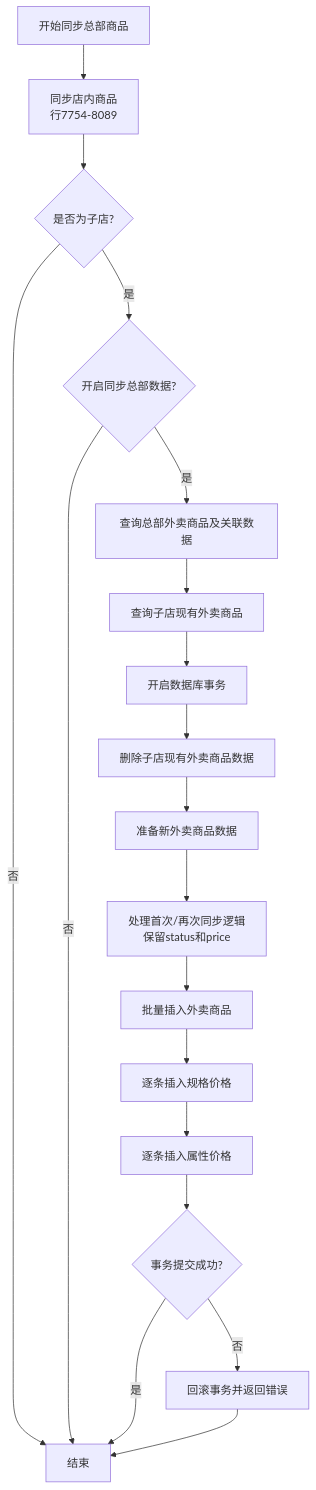
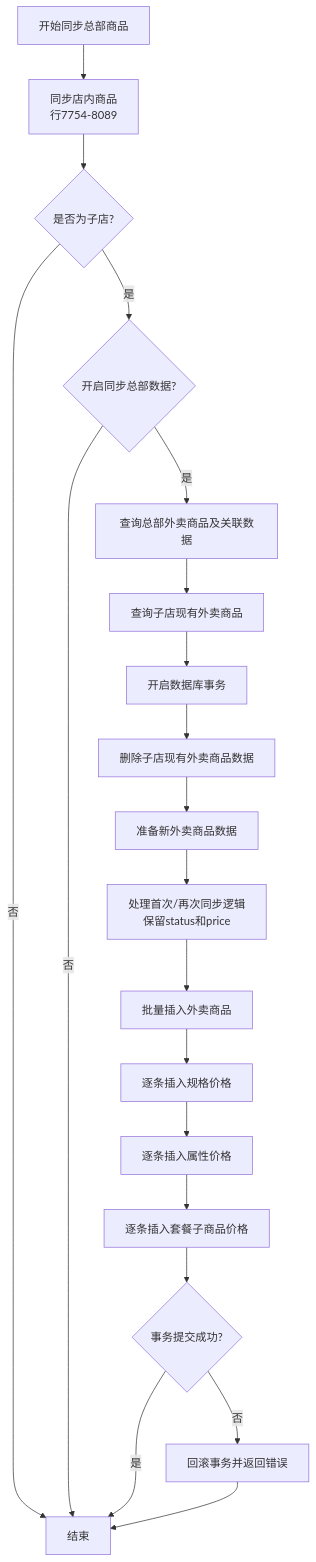
One commit to hitosea/ttpos-server-go changed the diagram in docs/shared/specs/active/story-product-sync-headquarter-takeout/design.md. Above: the diagram before and after it, drawn with Mermaid. The commit also changed other lines of this file and 4 other files, not shown here.

````diff
--- a/docs/shared/specs/active/story-product-sync-headquarter-takeout/design.md
+++ b/docs/shared/specs/active/story-product-sync-headquarter-takeout/design.md
@@ -93,21 +100,22 @@
 ```mermaid
 graph TD
     A[开始同步总部商品] --> B[同步店内商品<br/>行7754-8089]
     B --> C{是否为子店?}
     C -->|否| END[结束]
     C -->|是| D{开启同步总部数据?}
     D -->|否| END
     D -->|是| E[查询总部外卖商品及关联数据]
     E --> F[查询子店现有外卖商品]
     F --> G[开启数据库事务]
     G --> H[删除子店现有外卖商品数据]
     H --> I[准备新外卖商品数据]
     I --> J[处理首次/再次同步逻辑<br/>保留status和price]
     J --> K[批量插入外卖商品]
     K --> L[逐条插入规格价格]
     L --> M[逐条插入属性价格]
-    M --> N{事务提交成功?}
-    N -->|是| END
-    N -->|否| O[回滚事务并返回错误]
-    O --> END
+    M --> N[逐条插入套餐子商品价格]
+    N --> O{事务提交成功?}
+    O -->|是| END
+    O -->|否| P[回滚事务并返回错误]
+    P --> END
 ```
````
